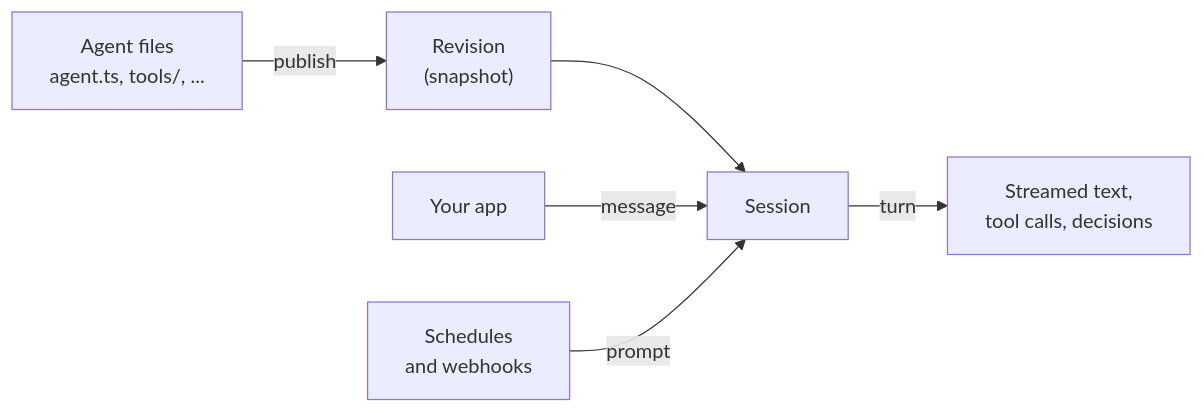
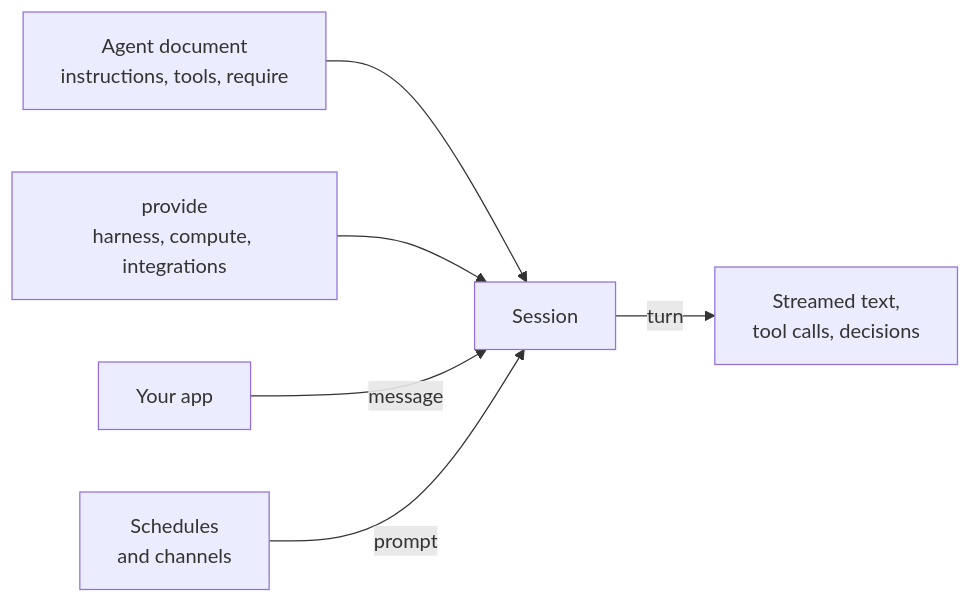
Before and after one commit to final-company/docs: the diagram in concepts.mdx, drawn with Mermaid. The commit also changed other lines of this file and 44 other files, not shown here.

First line of the commit message:
Document agents that declare requirements and callers that provide them (#5)

````diff
--- a/concepts.mdx
+++ b/concepts.mdx
@@ -9,8 +9,8 @@
 ```mermaid
 flowchart LR
-  Files["Agent files<br/>agent.ts, tools/, ..."] -->|publish| Revision["Revision<br/>(snapshot)"]
-  Revision --> Session["Session"]
+  Agent["Agent document<br/>instructions, tools, require"] --> Session["Session"]
+  Provide["provide<br/>harness, compute, integrations"] --> Session
   App["Your app"] -->|message| Session
-  Triggers["Schedules<br/>and webhooks"] -->|prompt| Session
+  Triggers["Schedules<br/>and channels"] -->|prompt| Session
   Session -->|turn| Output["Streamed text,<br/>tool calls, decisions"]
 ```
````
